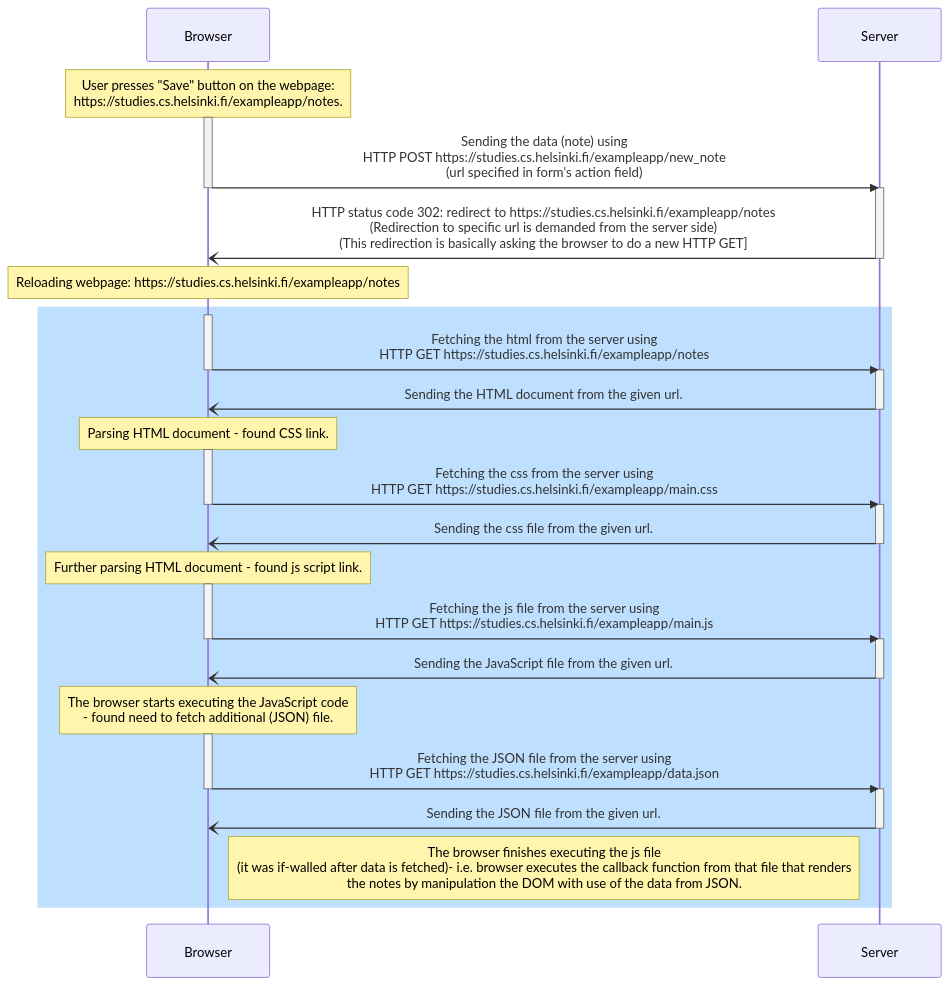
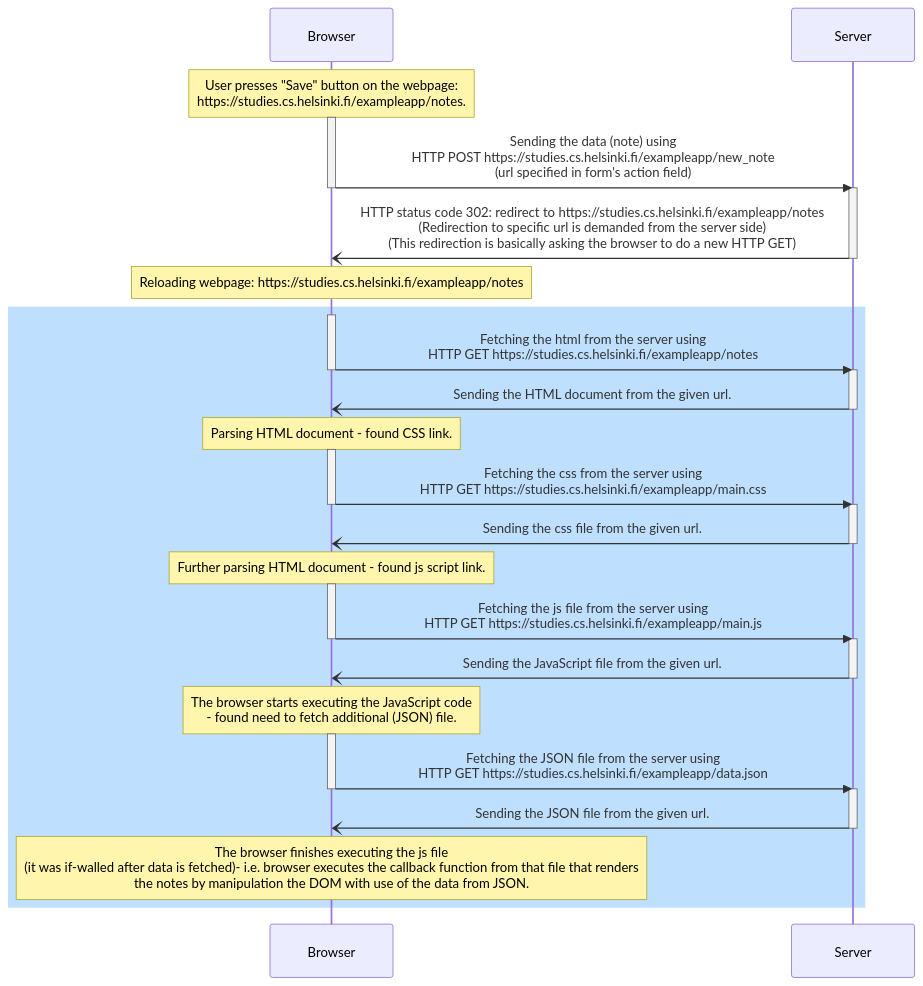
One commit to szmaragdynia/FullstackLearning changed the diagram in part0/excercise0-4.md. Above: the diagram before and after it, drawn with Mermaid.

Commit message:
testing background

````diff
--- a/part0/excercise0-4.md
+++ b/part0/excercise0-4.md
@@ -1,60 +1,60 @@
 ```mermaid
 
 
 
 sequenceDiagram
     participant b as Browser
     participant s as Server
     
         Note over b: User presses "Save" button on the webpage:<br/>https://studies.cs.helsinki.fi/exampleapp/notes.
     
 
     activate b
         b->>s: Sending the data (note) using <br/> HTTP POST https://studies.cs.helsinki.fi/exampleapp/new_note <br/> (url specified in form's action field) 
     deactivate b
     activate s
-        s-)b: HTTP status code 302: redirect to https://studies.cs.helsinki.fi/exampleapp/notes <br/> (Redirection to specific url is demanded from the server side) <br/> (This redirection is basically asking the browser to do a new HTTP GET]
+        s-)b: HTTP status code 302: redirect to https://studies.cs.helsinki.fi/exampleapp/notes <br/> (Redirection to specific url is demanded from the server side) <br/> (This redirection is basically asking the browser to do a new HTTP GET)
     deactivate s
 
         Note over b: Reloading webpage: https://studies.cs.helsinki.fi/exampleapp/notes
     
     rect rgb(191, 223, 255)    
 
         activate b
             b->>s: Fetching the html from the server using <br/> HTTP GET https://studies.cs.helsinki.fi/exampleapp/notes
         deactivate b
         activate s
             s-)b: Sending the HTML document from the given url.
         deactivate s
 
             Note over b: Parsing HTML document - found CSS link.
 
         activate b
             b->>s: Fetching the css from the server using <br/> HTTP GET https://studies.cs.helsinki.fi/exampleapp/main.css
         deactivate b
         activate s
             s-)b: Sending the css file from the given url.
         deactivate s
 
             Note over b: Further parsing HTML document - found js script link.
         
         activate b
             b->>s: Fetching the js file from the server using <br/> HTTP GET https://studies.cs.helsinki.fi/exampleapp/main.js
         deactivate b
         activate s
             s-)b: Sending the JavaScript file from the given url.
         deactivate s
 
             Note over b: The browser starts executing the JavaScript code <br/>- found need to fetch additional (JSON) file.
         
         activate b
             b->>s:Fetching the JSON file from the server using <br/> HTTP GET https://studies.cs.helsinki.fi/exampleapp/data.json
         deactivate b
         activate s
             s-)b: Sending the JSON file from the given url.
         deactivate s
 
-            Note right of b: The browser finishes executing the js file <br/> (it was if-walled after data is fetched)- i.e. browser executes the callback function from that file that renders <br/> the notes by manipulation the DOM with use of the data from JSON.
+            Note over b: The browser finishes executing the js file <br/> (it was if-walled after data is fetched)- i.e. browser executes the callback function from that file that renders <br/> the notes by manipulation the DOM with use of the data from JSON.
     end
     
 ```
````
